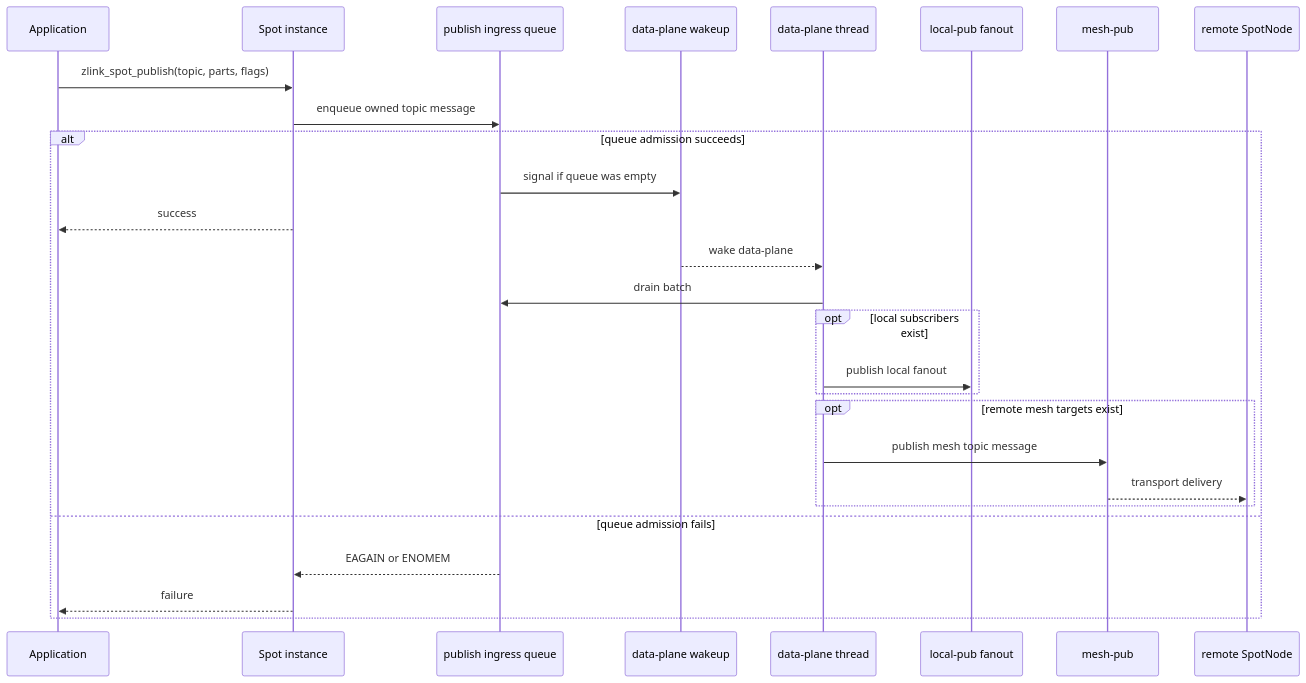
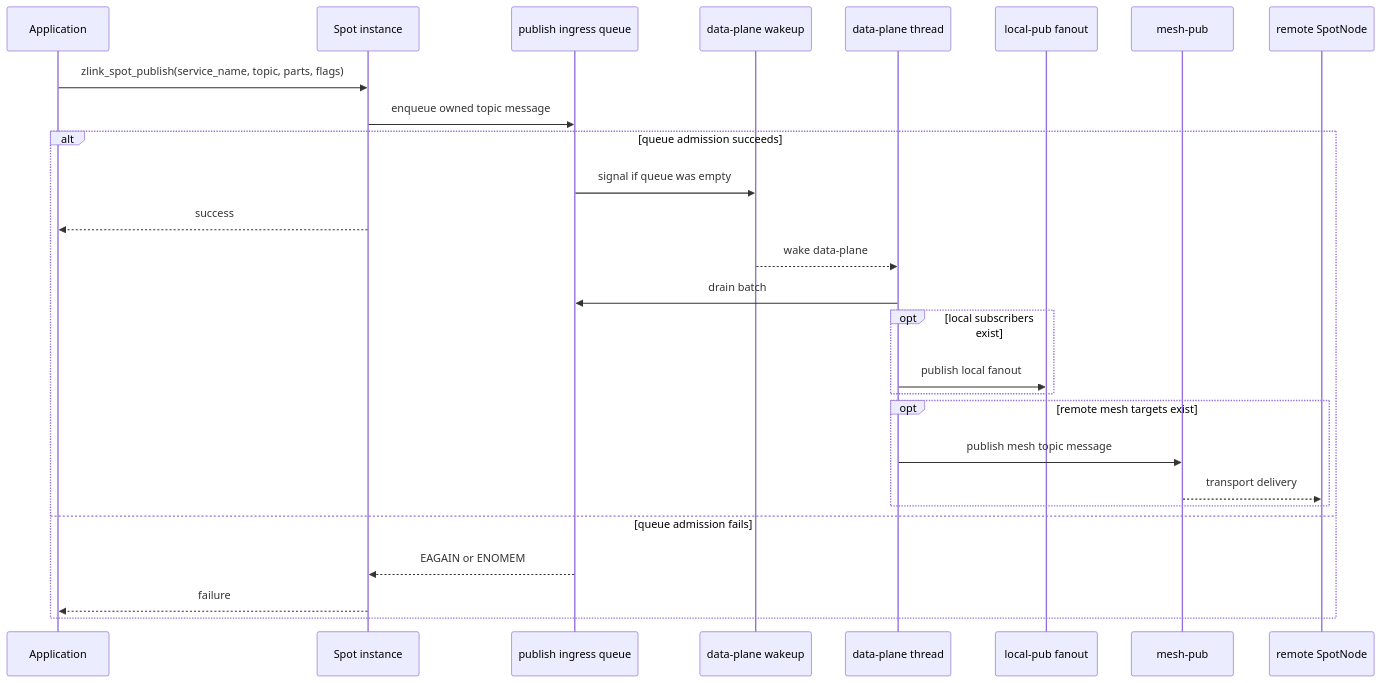
Before and after one commit to kairos-code-dev/zlink: the seventh of 12 diagrams in doc/spec/draft/spot-publish-data-plane-ingress.ko.md, drawn with Mermaid. The commit also changed other lines of this file and 25 other files, not shown here.

Commit message:
Implement spot publish ingress data plane

````diff
--- a/doc/spec/draft/spot-publish-data-plane-ingress.ko.md
+++ b/doc/spec/draft/spot-publish-data-plane-ingress.ko.md
@@ -380,30 +431,30 @@
 ```mermaid
 sequenceDiagram
     participant App as Application
     participant Spot as Spot instance
     participant Queue as publish ingress queue
     participant Wake as data-plane wakeup
     participant DP as data-plane thread
     participant Local as local-pub fanout
     participant Mesh as mesh-pub
     participant Peer as remote SpotNode
 
-    App->>Spot: zlink_spot_publish(topic, parts, flags)
+    App->>Spot: zlink_spot_publish(service_name, topic, parts, flags)
     Spot->>Queue: enqueue owned topic message
     alt queue admission succeeds
         Queue->>Wake: signal if queue was empty
         Spot-->>App: success
         Wake-->>DP: wake data-plane
         DP->>Queue: drain batch
         opt local subscribers exist
             DP->>Local: publish local fanout
         end
         opt remote mesh targets exist
             DP->>Mesh: publish mesh topic message
             Mesh-->>Peer: transport delivery
         end
     else queue admission fails
         Queue-->>Spot: EAGAIN or ENOMEM
         Spot-->>App: failure
     end
 ```
````
